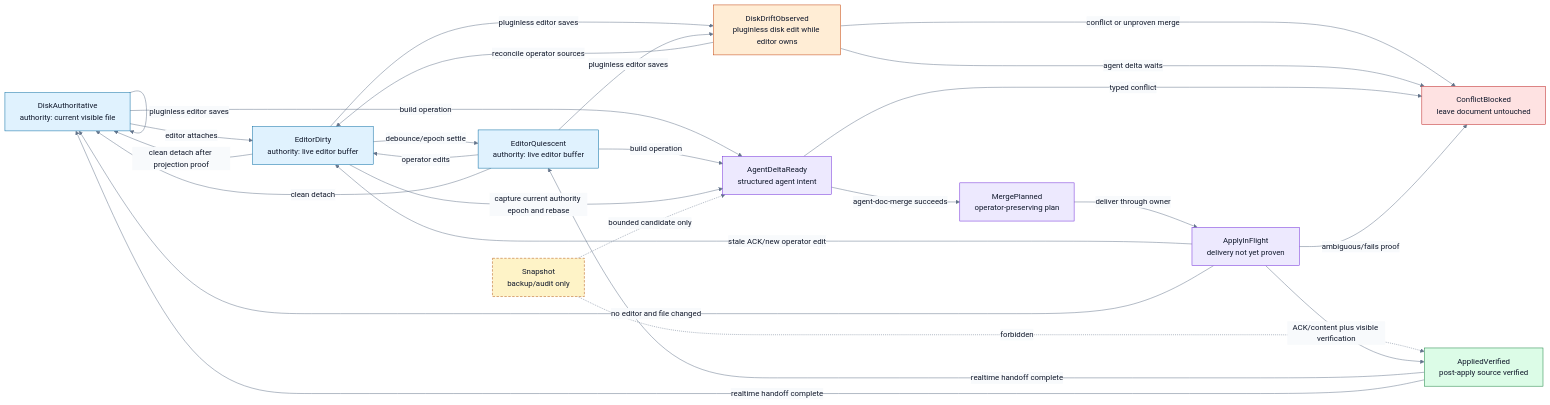
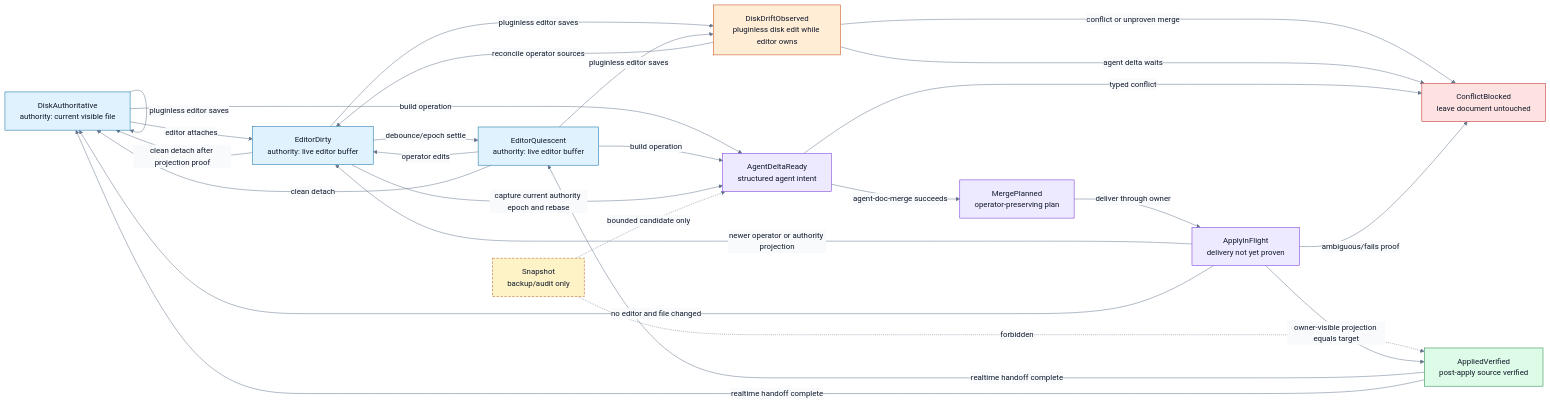
The first of 3 diagrams in specs/14-realtime-workflow.md (btakita/agent-doc), drawn with Mermaid before and after one commit. The commit also changed other lines of this file and 5 other files, not shown here.

````diff
--- a/specs/14-realtime-workflow.md
+++ b/specs/14-realtime-workflow.md
@@ -685,56 +685,56 @@
 ```mermaid
 %%{init: {"theme": "base", "themeVariables": {"background": "transparent", "primaryTextColor": "#0f172a", "fontFamily": "ui-sans-serif, system-ui, sans-serif", "lineColor": "#64748b", "edgeLabelBackground": "#f8fafc", "clusterBkg": "#ffffff", "clusterBorder": "#94a3b8"}}}%%
 flowchart LR
     DiskAuthoritative["DiskAuthoritative<br/>authority: current visible file"]
     EditorDirty["EditorDirty<br/>authority: live editor buffer"]
     EditorQuiescent["EditorQuiescent<br/>authority: live editor buffer"]
     DiskDriftObserved["DiskDriftObserved<br/>pluginless disk edit while editor owns"]
     AgentDeltaReady["AgentDeltaReady<br/>structured agent intent"]
     MergePlanned["MergePlanned<br/>operator-preserving plan"]
     ApplyInFlight["ApplyInFlight<br/>delivery not yet proven"]
     AppliedVerified["AppliedVerified<br/>post-apply source verified"]
     ConflictBlocked["ConflictBlocked<br/>leave document untouched"]
     Snapshot["Snapshot<br/>backup/audit only"]
 
     DiskAuthoritative -- editor attaches --> EditorDirty
     EditorDirty -- debounce/epoch settle --> EditorQuiescent
     EditorQuiescent -- operator edits --> EditorDirty
     EditorQuiescent -- clean detach --> DiskAuthoritative
     EditorDirty -- clean detach after projection proof --> DiskAuthoritative
     DiskAuthoritative -- pluginless editor saves --> DiskAuthoritative
     EditorDirty -- pluginless editor saves --> DiskDriftObserved
     EditorQuiescent -- pluginless editor saves --> DiskDriftObserved
     DiskDriftObserved -- reconcile operator sources --> EditorDirty
     DiskDriftObserved -- conflict or unproven merge --> ConflictBlocked
 
     DiskAuthoritative -- build operation --> AgentDeltaReady
     EditorQuiescent -- build operation --> AgentDeltaReady
     EditorDirty -- capture current authority epoch and rebase --> AgentDeltaReady
     DiskDriftObserved -- agent delta waits --> ConflictBlocked
     Snapshot -. bounded candidate only .-> AgentDeltaReady
     Snapshot -. forbidden .-> AppliedVerified
 
     AgentDeltaReady -- agent-doc-merge succeeds --> MergePlanned
     AgentDeltaReady -- typed conflict --> ConflictBlocked
     MergePlanned -- deliver through owner --> ApplyInFlight
-    ApplyInFlight -- ACK/content plus visible verification --> AppliedVerified
-    ApplyInFlight -- stale ACK/new operator edit --> EditorDirty
+    ApplyInFlight -- owner-visible projection equals target --> AppliedVerified
+    ApplyInFlight -- newer operator or authority projection --> EditorDirty
     ApplyInFlight -- no editor and file changed --> DiskAuthoritative
     ApplyInFlight -- ambiguous/fails proof --> ConflictBlocked
     AppliedVerified -- realtime handoff complete --> EditorQuiescent
     AppliedVerified -- realtime handoff complete --> DiskAuthoritative
 
     classDef source fill:#e0f2fe,stroke:#0369a1,color:#0f172a;
     classDef work fill:#ede9fe,stroke:#6d28d9,color:#0f172a;
     classDef verify fill:#dcfce7,stroke:#15803d,color:#0f172a;
     classDef blocked fill:#fee2e2,stroke:#b91c1c,color:#0f172a;
     classDef backup fill:#fef3c7,stroke:#b45309,color:#0f172a,stroke-dasharray: 5 3;
     classDef split fill:#ffedd5,stroke:#c2410c,color:#0f172a;
 
     class DiskAuthoritative,EditorDirty,EditorQuiescent source;
     class DiskDriftObserved split;
     class AgentDeltaReady,MergePlanned,ApplyInFlight work;
     class AppliedVerified verify;
     class ConflictBlocked blocked;
     class Snapshot backup;
 ```
````
